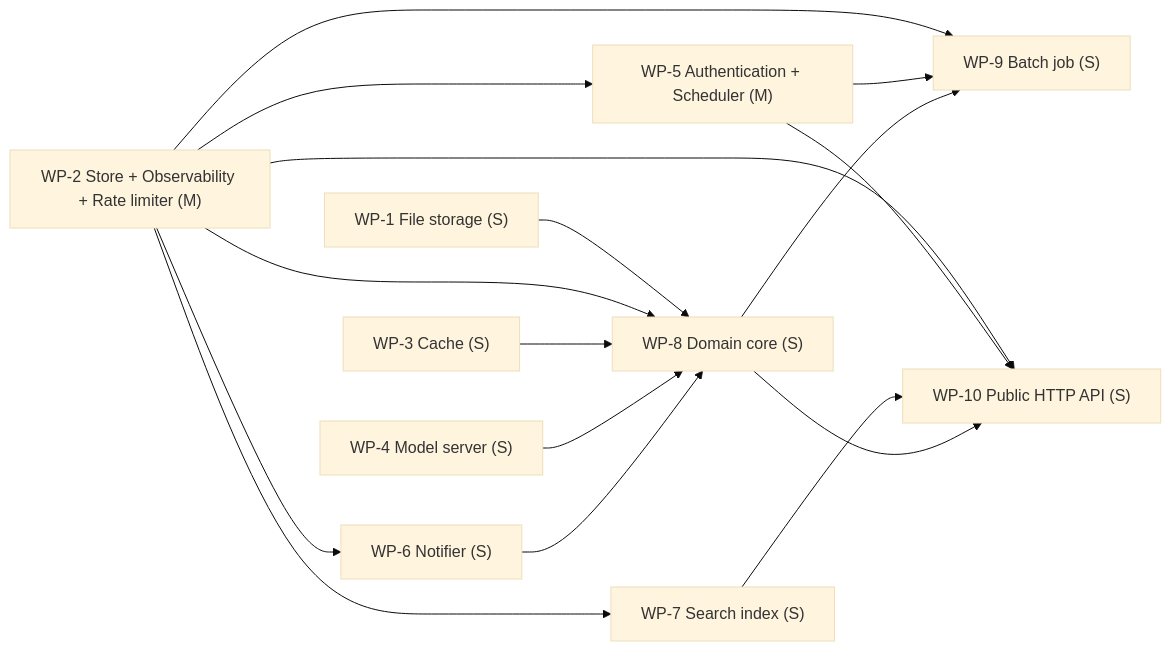
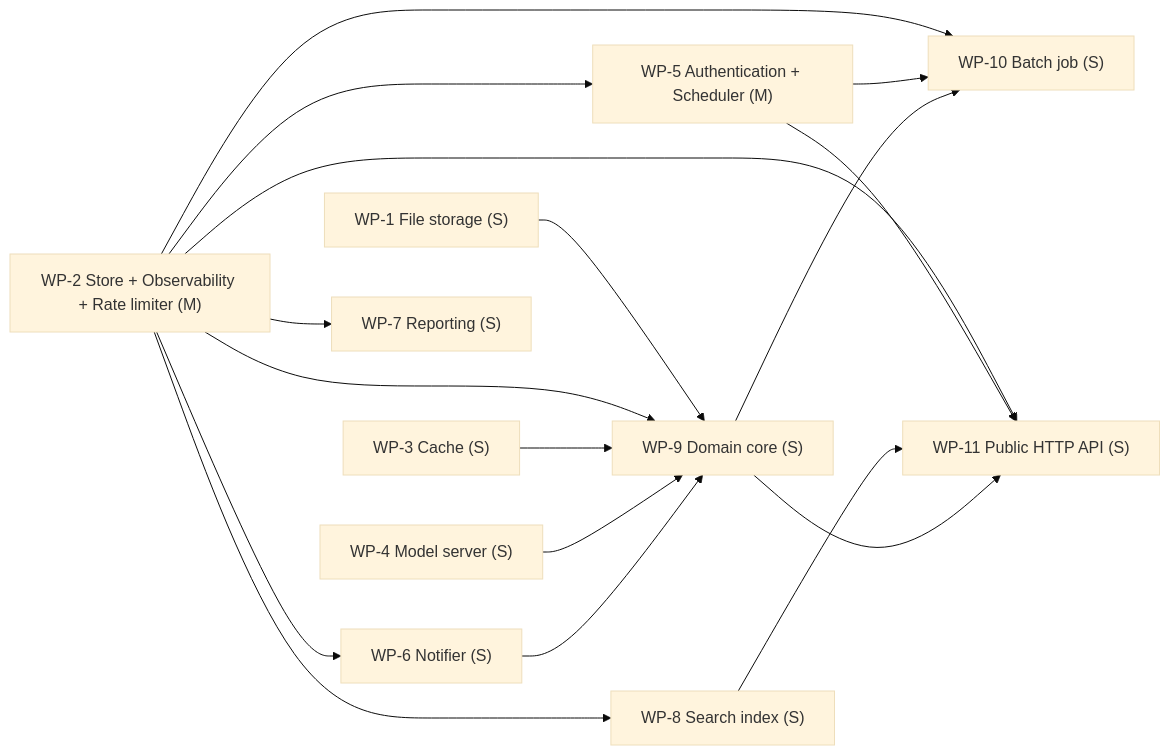
Before and after one commit to yui9696/sekkei: the fourth of 4 diagrams in examples/eval/docsearch.DESIGN.md, drawn with Mermaid (base theme). The commit also changed other lines of this file and 28 other files, not shown here.

````diff
--- a/examples/eval/docsearch.DESIGN.md
+++ b/examples/eval/docsearch.DESIGN.md
@@ -780,28 +842,30 @@
 ```mermaid
 graph LR
   WP_1["WP-1 File storage (S)"]
   WP_2["WP-2 Store + Observability + Rate limiter (M)"]
   WP_3["WP-3 Cache (S)"]
   WP_4["WP-4 Model server (S)"]
   WP_5["WP-5 Authentication + Scheduler (M)"]
   WP_6["WP-6 Notifier (S)"]
-  WP_7["WP-7 Search index (S)"]
-  WP_8["WP-8 Domain core (S)"]
-  WP_9["WP-9 Batch job (S)"]
-  WP_10["WP-10 Public HTTP API (S)"]
+  WP_7["WP-7 Reporting (S)"]
+  WP_8["WP-8 Search index (S)"]
+  WP_9["WP-9 Domain core (S)"]
+  WP_10["WP-10 Batch job (S)"]
+  WP_11["WP-11 Public HTTP API (S)"]
   WP_2 --> WP_5
   WP_2 --> WP_6
   WP_2 --> WP_7
-  WP_1 --> WP_8
   WP_2 --> WP_8
-  WP_3 --> WP_8
-  WP_4 --> WP_8
-  WP_6 --> WP_8
+  WP_1 --> WP_9
   WP_2 --> WP_9
-  WP_5 --> WP_9
-  WP_8 --> WP_9
+  WP_3 --> WP_9
+  WP_4 --> WP_9
+  WP_6 --> WP_9
   WP_2 --> WP_10
   WP_5 --> WP_10
-  WP_7 --> WP_10
-  WP_8 --> WP_10
+  WP_9 --> WP_10
+  WP_2 --> WP_11
+  WP_5 --> WP_11
+  WP_8 --> WP_11
+  WP_9 --> WP_11
 ```
````
